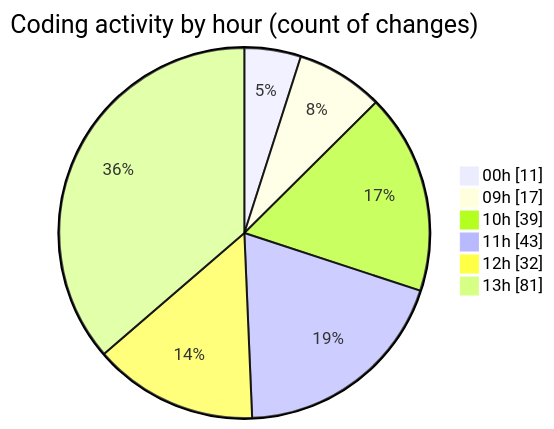
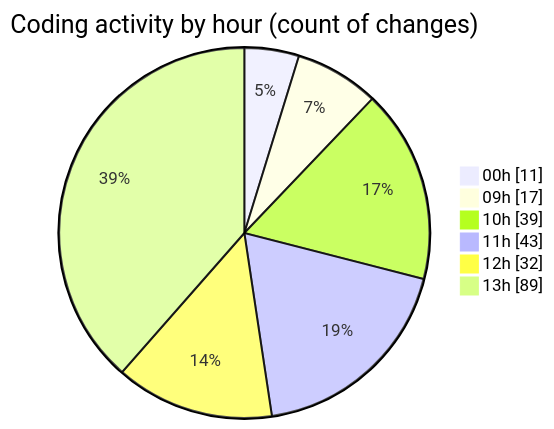
Before and after one commit to momahboobian/code-tracking: the second of 2 diagrams in 2026-09-02/cda/README.md, drawn with Mermaid. The commit also changed other lines of this file and 1 other file, not shown here.

````diff
--- a/2026-09-02/cda/README.md
+++ b/2026-09-02/cda/README.md
@@ -81,10 +81,10 @@
 ```mermaid
 pie showData
 title Coding activity by hour (count of changes)
 "00h" : 11
 "09h" : 17
 "10h" : 39
 "11h" : 43
 "12h" : 32
-"13h" : 81
+"13h" : 89
 ```
````
